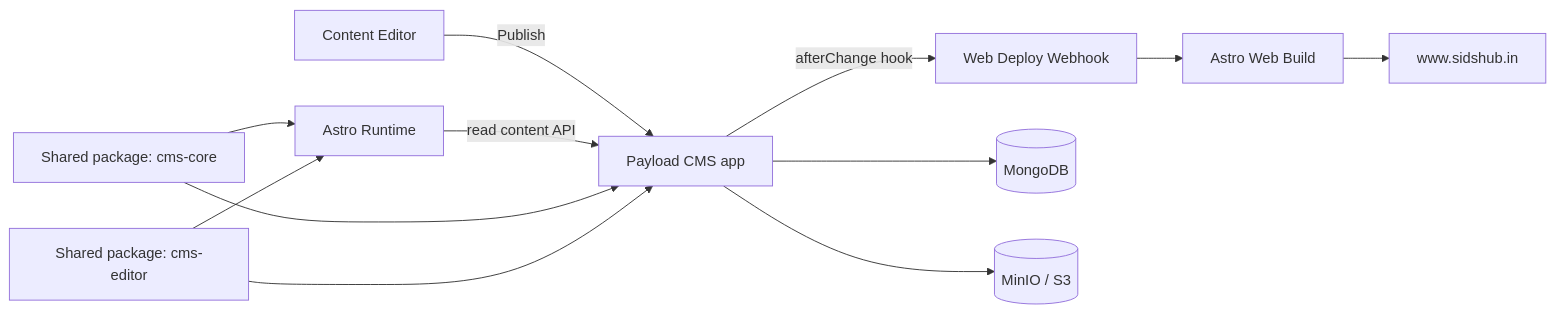
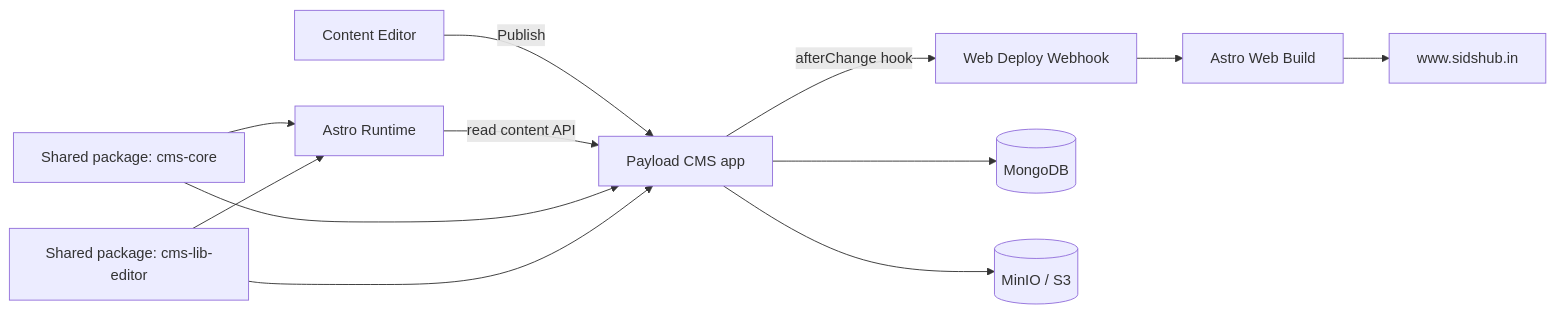
Before and after one commit to sidarth-23/portfolio-astro-cms: the diagram in README.md, drawn with Mermaid. The commit also changed other lines of this file and 112 other files, not shown here.

Commit message:
chore: renamed the packages for cms-editor and cms-icons

````diff
--- a/README.md
+++ b/README.md
@@ -42,16 +42,16 @@
 ```mermaid
 flowchart LR
   A[Content Editor] -->|Publish| B[Payload CMS app]
   B -->|afterChange hook| C[Web Deploy Webhook]
   C --> D[Astro Web Build]
   D --> E[www.sidshub.in]
 
   F[Astro Runtime] -->|read content API| B
   B --> G[(MongoDB)]
   B --> H[(MinIO / S3)]
 
   I[Shared package: cms-core] --> B
   I --> F
-  J[Shared package: cms-editor] --> B
+  J[Shared package: cms-lib-editor] --> B
   J --> F
 ```
````
